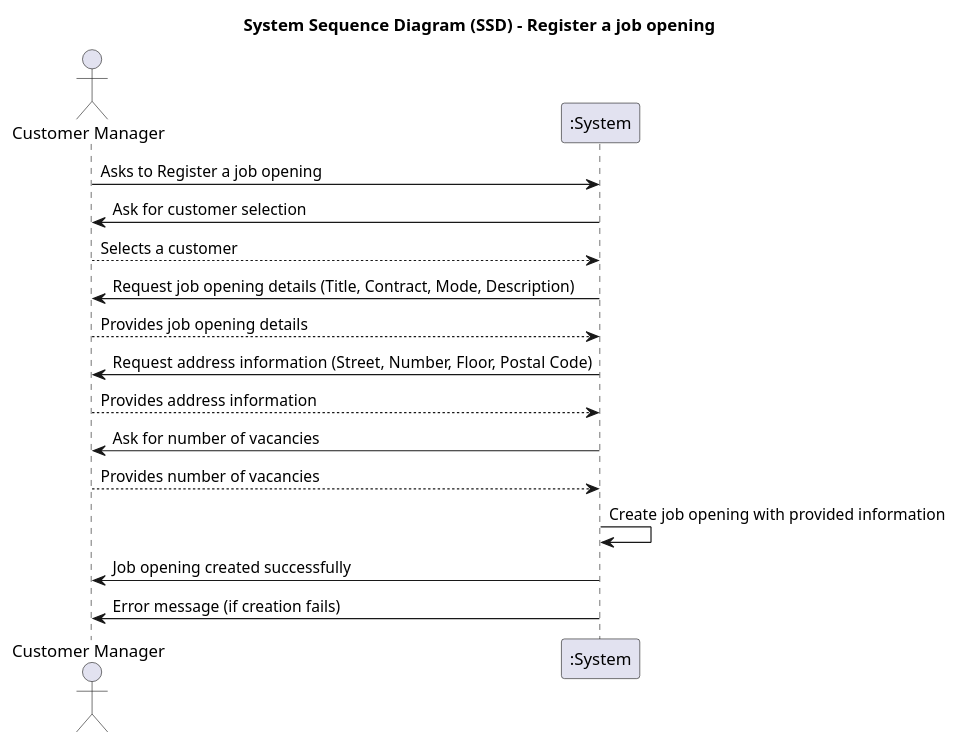
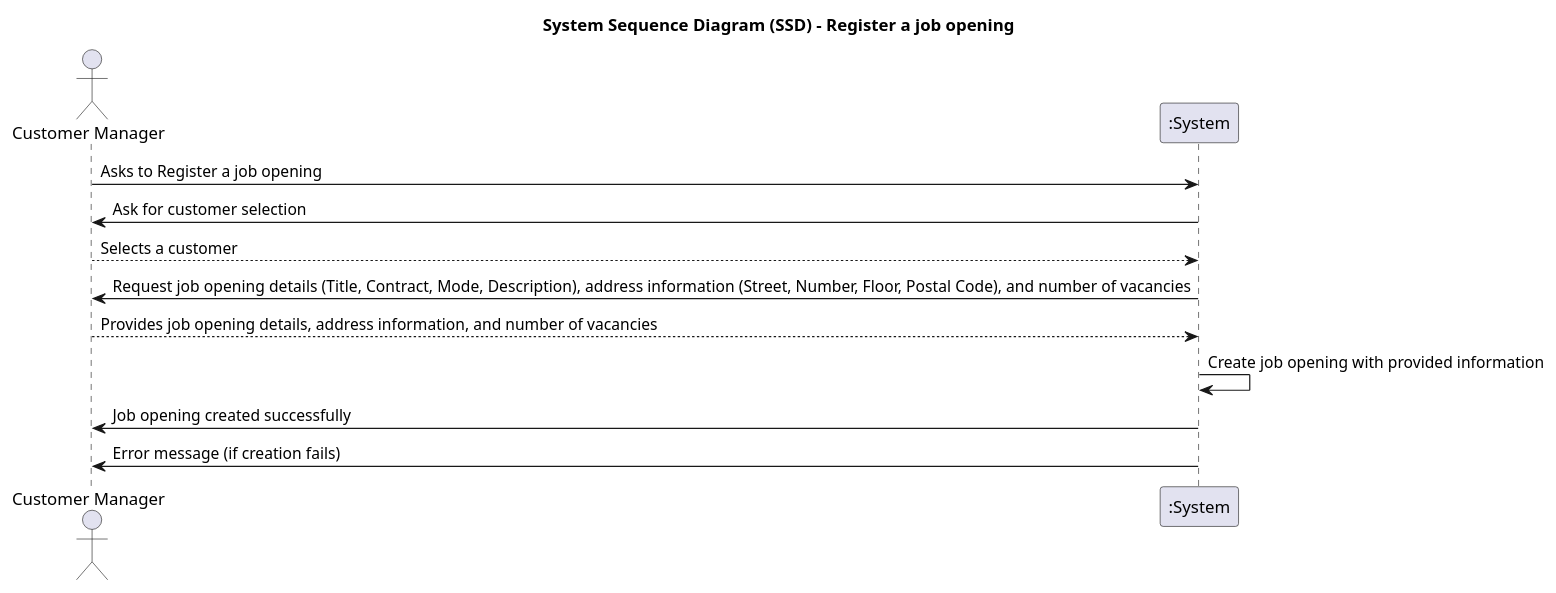
The diagram in docs/sprintB/US1002/01.requirements-engineering/puml/SSD.puml (Mendoncaa/LAPR4), drawn with PlantUML before and after one commit. The commit also changed 13 other files, not shown here.

```diff
--- a/docs/sprintB/US1002/01.requirements-engineering/puml/SSD.puml
+++ b/docs/sprintB/US1002/01.requirements-engineering/puml/SSD.puml
@@ -1,26 +1,20 @@
 @startuml
 
 title System Sequence Diagram (SSD) - Register a job opening
 
 actor "Customer Manager" as U
 participant ":System" as S
 
 U -> S : Asks to Register a job opening
 S -> U : Ask for customer selection
 U --> S : Selects a customer
 
-S -> U : Request job opening details (Title, Contract, Mode, Description)
-U --> S : Provides job opening details
-
-S -> U : Request address information (Street, Number, Floor, Postal Code)
-U --> S : Provides address information
-
-S -> U : Ask for number of vacancies
-U --> S : Provides number of vacancies
+S -> U : Request job opening details (Title, Contract, Mode, Description), address information (Street, Number, Floor, Postal Code), and number of vacancies
+U --> S : Provides job opening details, address information, and number of vacancies
 
 S -> S : Create job opening with provided information
 
 S -> U : Job opening created successfully
 S -> U : Error message (if creation fails)
 
 @enduml
```
